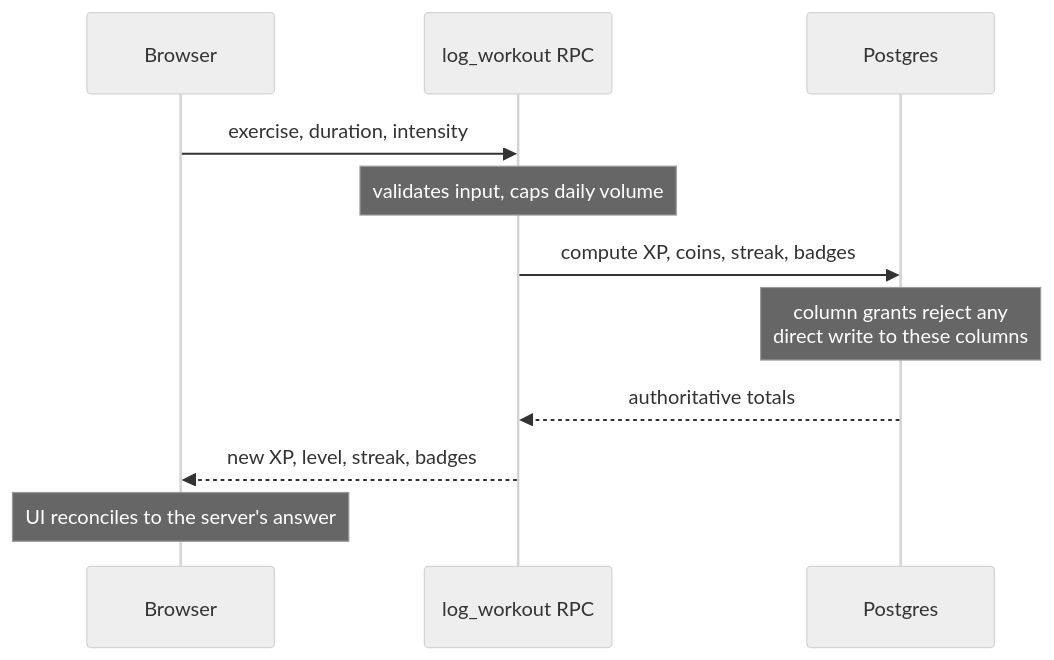
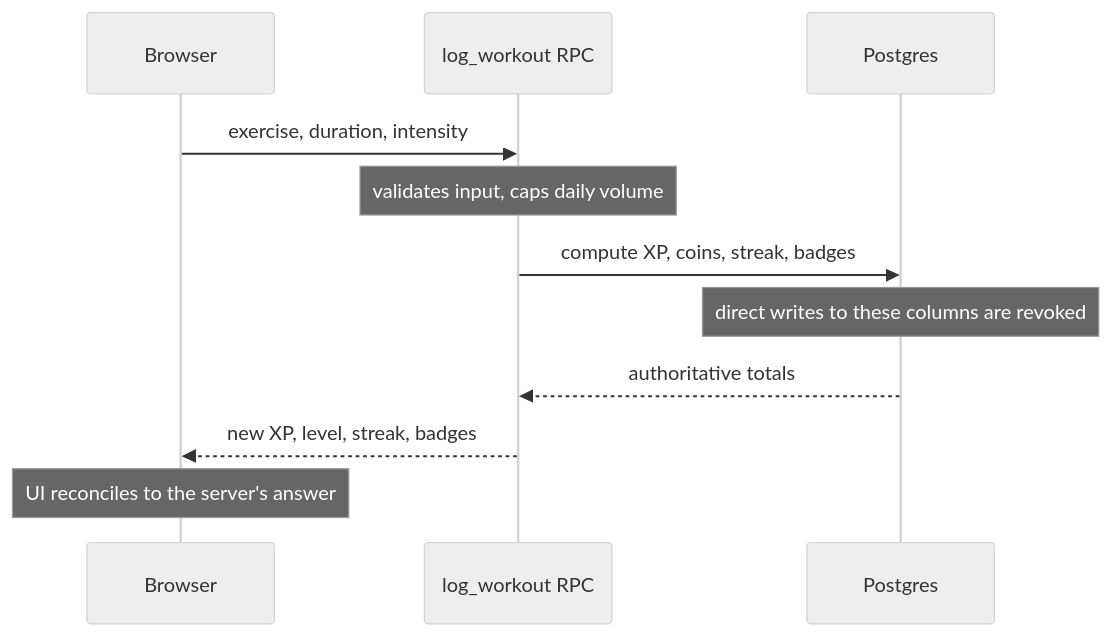
The first of 2 diagrams in README.md (muhammet-tm/gamefit-app), drawn with Mermaid (neutral theme) before and after one commit.

Commit message:
docs(readme): fix mermaid note that swallowed a line break
GitHub's mermaid does not honour <br/> inside sequence-diagram notes; it
concatenated the words into 'anydirect'. Verified by screenshotting the
rendered page.

````diff
--- a/README.md
+++ b/README.md
@@ -69,13 +69,13 @@
 ```mermaid
 sequenceDiagram
     participant C as Browser
     participant R as log_workout RPC
     participant DB as Postgres
     C->>R: exercise, duration, intensity
     Note over R: validates input, caps daily volume
     R->>DB: compute XP, coins, streak, badges
-    Note over DB: column grants reject any<br/>direct write to these columns
+    Note over DB: direct writes to these columns are revoked
     DB-->>R: authoritative totals
     R-->>C: new XP, level, streak, badges
     Note over C: UI reconciles to the server's answer
 ```
````
